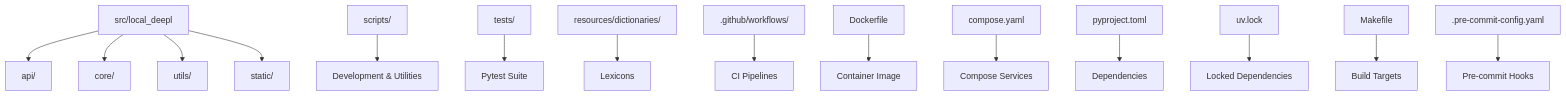
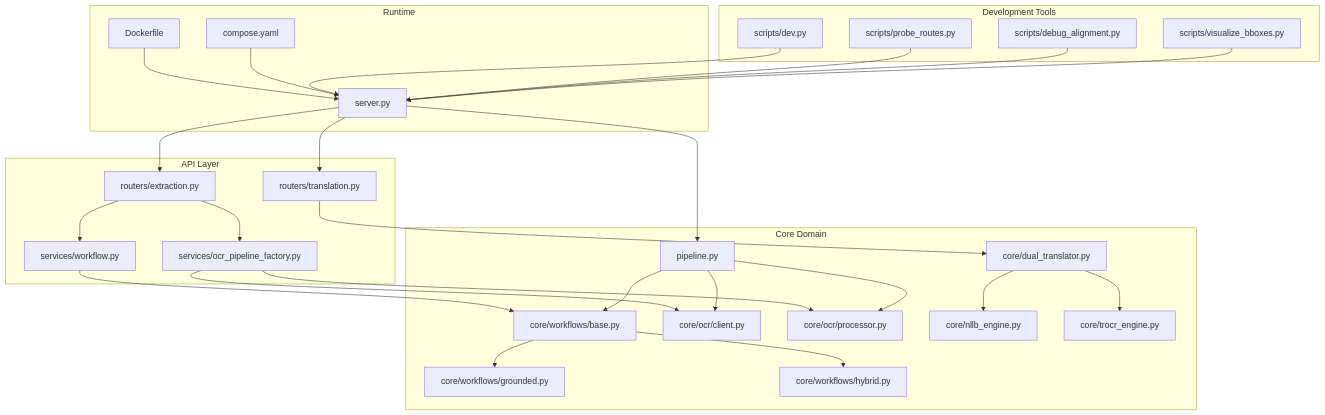
One commit to Sifr-r/LocalDeepL changed the first of 6 diagrams in .qoder/repowiki/en/content/Developer Guide.md. Above: the diagram before and after it, drawn with Mermaid. The commit also changed other lines of this file and 191 other files, not shown here.

````diff
--- a/.qoder/repowiki/en/content/Developer Guide.md
+++ b/.qoder/repowiki/en/content/Developer Guide.md
@@ -52,17 +74,53 @@
 ```mermaid
 graph TB
-A["src/local_deepl"] --> B["api/"]
-A --> C["core/"]
-A --> D["utils/"]
-A --> E["static/"]
-F["scripts/"] --> G["Development & Utilities"]
-H["tests/"] --> I["Pytest Suite"]
-J["resources/dictionaries/"] --> K["Lexicons"]
-L[".github/workflows/"] --> M["CI Pipelines"]
-N["Dockerfile"] --> O["Container Image"]
-P["compose.yaml"] --> Q["Compose Services"]
-R["pyproject.toml"] --> S["Dependencies"]
-T["uv.lock"] --> U["Locked Dependencies"]
-V["Makefile"] --> W["Build Targets"]
-X[".pre-commit-config.yaml"] --> Y["Pre-commit Hooks"]
+subgraph "API Layer"
+R1["routers/extraction.py"]
+R2["routers/translation.py"]
+S1["services/ocr_pipeline_factory.py"]
+S2["services/workflow.py"]
+end
+subgraph "Core Domain"
+P["pipeline.py"]
+WBase["core/workflows/base.py"]
+WG["core/workflows/grounded.py"]
+WH["core/workflows/hybrid.py"]
+OCRC["core/ocr/client.py"]
+OCRP["core/ocr/processor.py"]
+DT["core/dual_translator.py"]
+NLLB["core/nllb_engine.py"]
+TROCR["core/trocr_engine.py"]
+end
+subgraph "Development Tools"
+DEV["scripts/dev.py"]
+PROBE["scripts/probe_routes.py"]
+DEBUG["scripts/debug_alignment.py"]
+VISUALIZE["scripts/visualize_bboxes.py"]
+end
+subgraph "Runtime"
+SRV["server.py"]
+DOCKER["Dockerfile"]
+COMPOSE["compose.yaml"]
+end
+SRV --> R1
+SRV --> R2
+R1 --> S1
+R1 --> S2
+R2 --> DT
+S1 --> OCRC
+S1 --> OCRP
+S2 --> WBase
+WBase --> WG
+WBase --> WH
+DT --> NLLB
+DT --> TROCR
+P --> WBase
+P --> OCRC
+P --> OCRP
+SRV --> P
+DOCKER --> SRV
+COMPOSE --> SRV
+DEV --> SRV
+PROBE --> SRV
+DEBUG --> SRV
+VISUALIZE --> SRV
 ```
````
